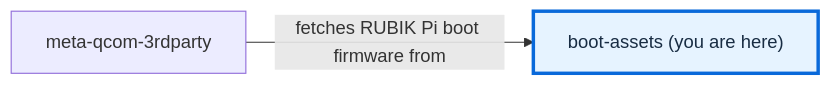
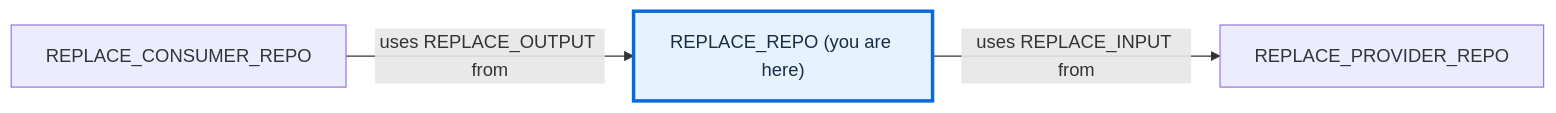
One commit to devdocsorg/qli2-example-repo changed the diagram in README.md. Above: the diagram before and after it, drawn with Mermaid. The commit also changed other lines of this file and 4 other files, not shown here.

````diff
--- a/README.md
+++ b/README.md
@@ -74,9 +74,12 @@
 ```mermaid
 flowchart LR
-    r0["boot-assets (you are here)"]
-    click r0 href "https://github.com/rubikpi-ai/boot-assets" _blank
-    r1["meta-qcom-3rdparty"]
-    click r1 href "https://github.com/qualcomm-linux/meta-qcom-3rdparty" _blank
-    r1 -->|"fetches RUBIK Pi boot firmware from"| r0
+    r0["REPLACE_REPO (you are here)"]
+    click r0 href "https://github.com/REPLACE_ORG/REPLACE_REPO" _blank
+    r1["REPLACE_PROVIDER_REPO"]
+    click r1 href "https://github.com/REPLACE_PROVIDER_ORG/REPLACE_PROVIDER_REPO" _blank
+    r2["REPLACE_CONSUMER_REPO"]
+    click r2 href "https://github.com/REPLACE_CONSUMER_ORG/REPLACE_CONSUMER_REPO" _blank
+    r0 -->|"uses REPLACE_INPUT from"| r1
+    r2 -->|"uses REPLACE_OUTPUT from"| r0
     style r0 fill:#e6f3ff,stroke:#0969da,stroke-width:3px,color:#182c43
 ```
````
